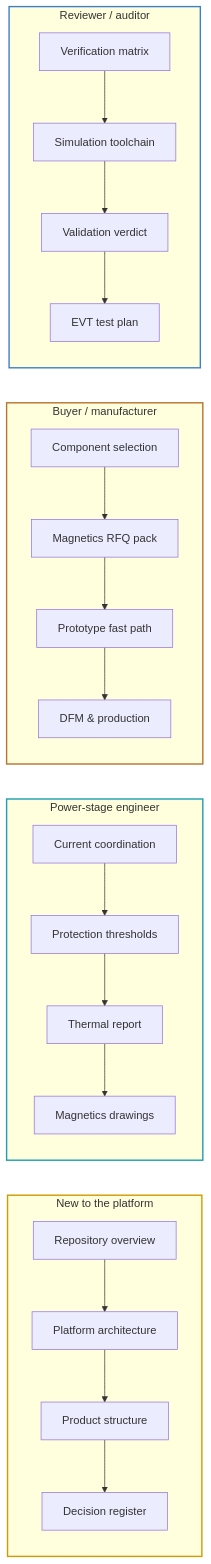
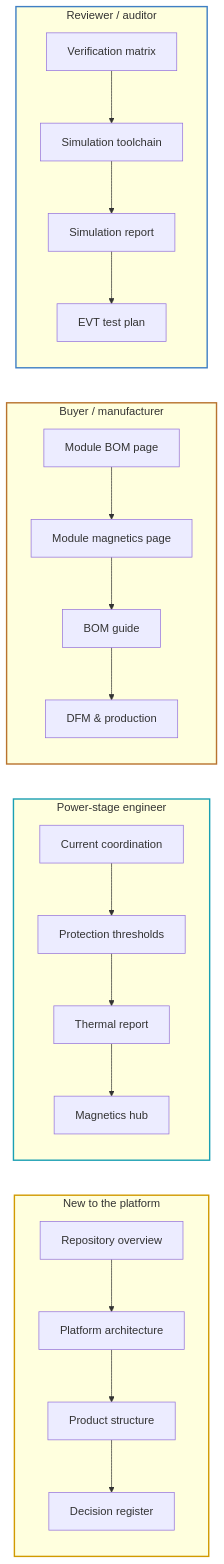
Before and after one commit to vectivolt/DC-Modules: the diagram in docs/README.md, drawn with Mermaid. The commit also changed other lines of this file and 222 other files, not shown here.

````diff
--- a/docs/README.md
+++ b/docs/README.md
@@ -24,23 +24,23 @@
 ```mermaid
 flowchart LR
   subgraph NEW["New to the platform"]
     direction TB
     N1["Repository overview"] --> N2["Platform architecture"] --> N3["Product structure"] --> N4["Decision register"]
   end
   subgraph ENG["Power-stage engineer"]
     direction TB
-    P1["Current coordination"] --> P2["Protection thresholds"] --> P3["Thermal report"] --> P4["Magnetics drawings"]
+    P1["Current coordination"] --> P2["Protection thresholds"] --> P3["Thermal report"] --> P4["Magnetics hub"]
   end
   subgraph BUY["Buyer / manufacturer"]
     direction TB
-    B1["Component selection"] --> B2["Magnetics RFQ pack"] --> B3["Prototype fast path"] --> B4["DFM & production"]
+    B1["Module BOM page"] --> B2["Module magnetics page"] --> B3["BOM guide"] --> B4["DFM & production"]
   end
   subgraph REV["Reviewer / auditor"]
     direction TB
-    R1["Verification matrix"] --> R2["Simulation toolchain"] --> R3["Validation verdict"] --> R4["EVT test plan"]
+    R1["Verification matrix"] --> R2["Simulation toolchain"] --> R3["Simulation report"] --> R4["EVT test plan"]
   end
   style NEW stroke:#d19a00,stroke-width:2px
   style ENG stroke:#1a9fb3,stroke-width:2px
   style BUY stroke:#b8732e,stroke-width:2px
   style REV stroke:#3f7fc4,stroke-width:2px
 ```
````
